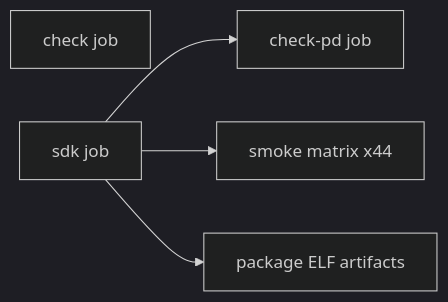
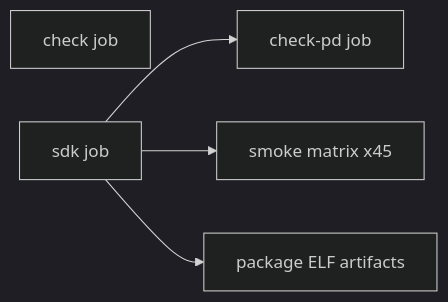
The diagram in docs/ci.md (julerex/lerux), drawn with Mermaid (dark theme) before and after one commit. The commit also changed other lines of this file and 34 other files, not shown here.

````diff
--- a/docs/ci.md
+++ b/docs/ci.md
@@ -13,11 +13,11 @@
 ```mermaid
 flowchart LR
   check[check job]
   sdk[sdk job]
   checkPd[check-pd job]
-  smoke[smoke matrix x44]
+  smoke[smoke matrix x45]
   package[package ELF artifacts]
   sdk --> checkPd
   sdk --> smoke
   sdk --> package
 ```
````
